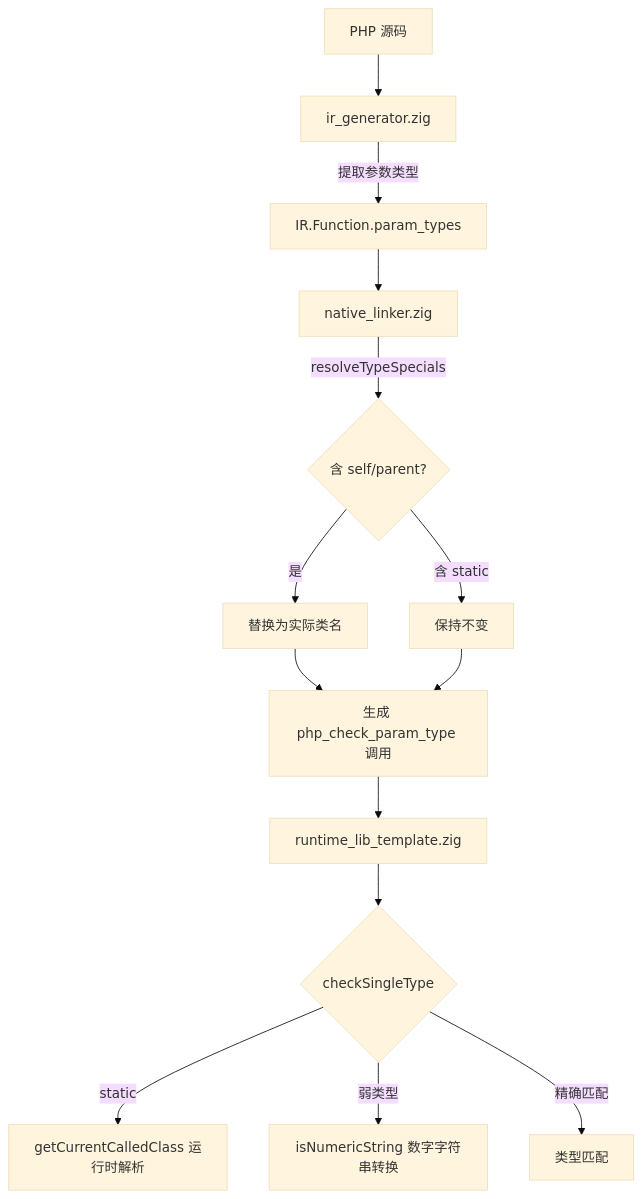
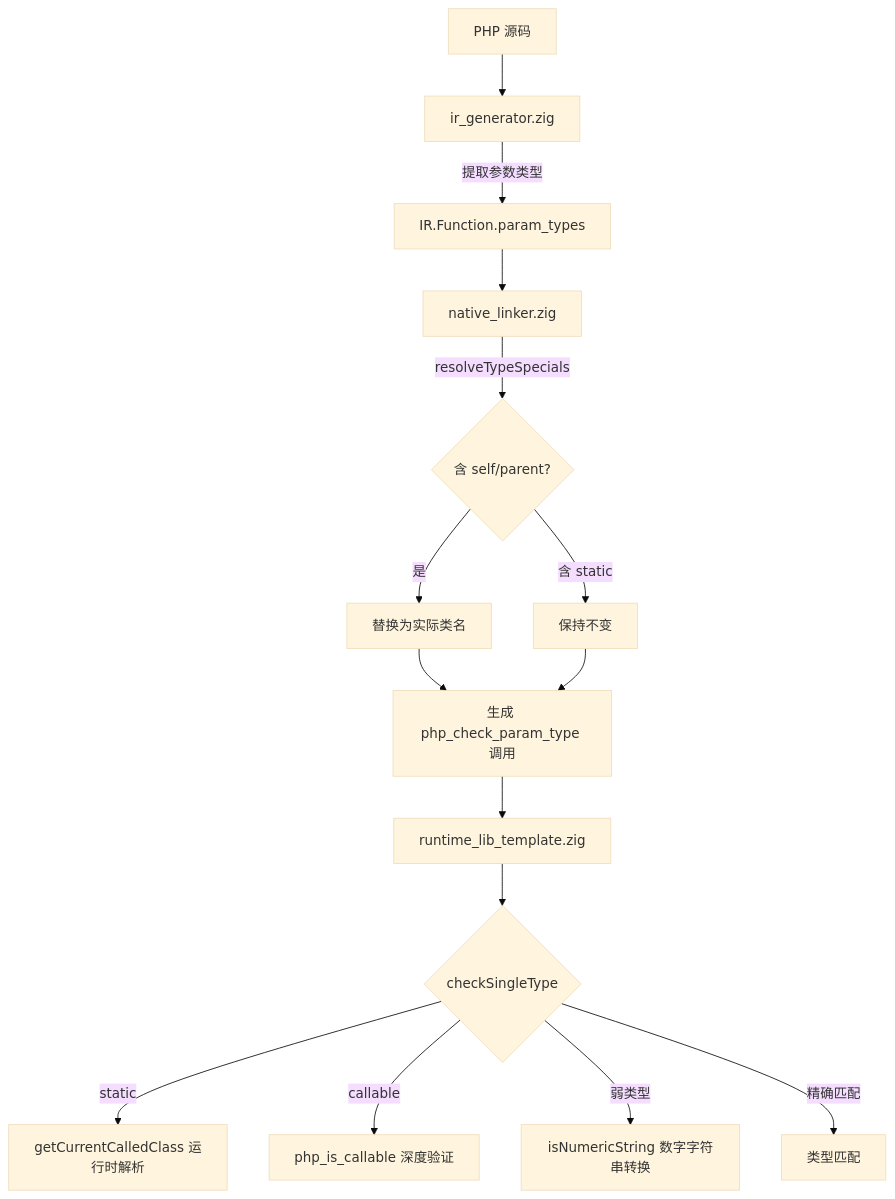
Before and after one commit to xiusin/ai-zig-php-parser: the diagram in docs/changes/2026-07-17/AOT类型系统增强_组合类型_全局函数检查_static绑定_弱类型_20260717.md, drawn with Mermaid (base theme). The commit also changed other lines of this file and 1 other file, not shown here.

````diff
--- a/docs/changes/2026-07-17/AOT类型系统增强_组合类型_全局函数检查_static绑定_弱类型_20260717.md
+++ b/docs/changes/2026-07-17/AOT类型系统增强_组合类型_全局函数检查_static绑定_弱类型_20260717.md
@@ -75,16 +59,17 @@
 ```mermaid
 graph TD
     A[PHP 源码] --> B[ir_generator.zig]
     B -->|提取参数类型| C[IR.Function.param_types]
     C --> D[native_linker.zig]
     D -->|resolveTypeSpecials| E{含 self/parent?}
     E -->|是| F[替换为实际类名]
     E -->|含 static| G[保持不变]
     F --> H[生成 php_check_param_type 调用]
     G --> H
     H --> I[runtime_lib_template.zig]
     I --> J{checkSingleType}
     J -->|static| K[getCurrentCalledClass 运行时解析]
-    J -->|弱类型| L[isNumericString 数字字符串转换]
-    J -->|精确匹配| M[类型匹配]
+    J -->|callable| L[php_is_callable 深度验证]
+    J -->|弱类型| M[isNumericString 数字字符串转换]
+    J -->|精确匹配| N[类型匹配]
 ```
````
